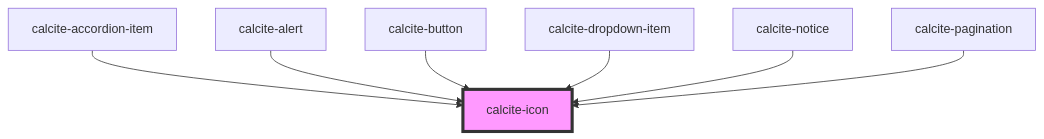
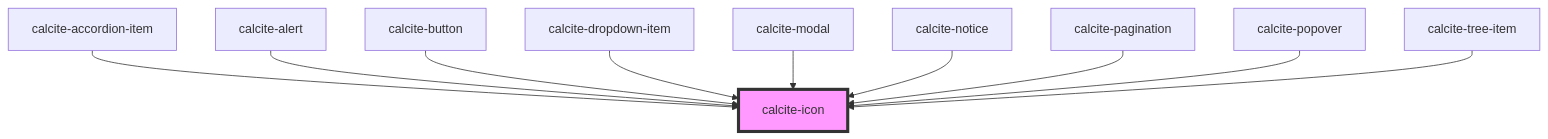
One commit to vikivakarvc/calcite-design-system changed the diagram in src/components/calcite-icon/readme.md. Above: the diagram before and after it, drawn with Mermaid. The commit also changed other lines of this file and 14 other files, not shown here.

````diff
--- a/src/components/calcite-icon/readme.md
+++ b/src/components/calcite-icon/readme.md
@@ -43,10 +46,13 @@
 ```mermaid
 graph TD;
   calcite-accordion-item --> calcite-icon
   calcite-alert --> calcite-icon
   calcite-button --> calcite-icon
   calcite-dropdown-item --> calcite-icon
+  calcite-modal --> calcite-icon
   calcite-notice --> calcite-icon
   calcite-pagination --> calcite-icon
+  calcite-popover --> calcite-icon
+  calcite-tree-item --> calcite-icon
   style calcite-icon fill:#f9f,stroke:#333,stroke-width:4px
 ```
````
